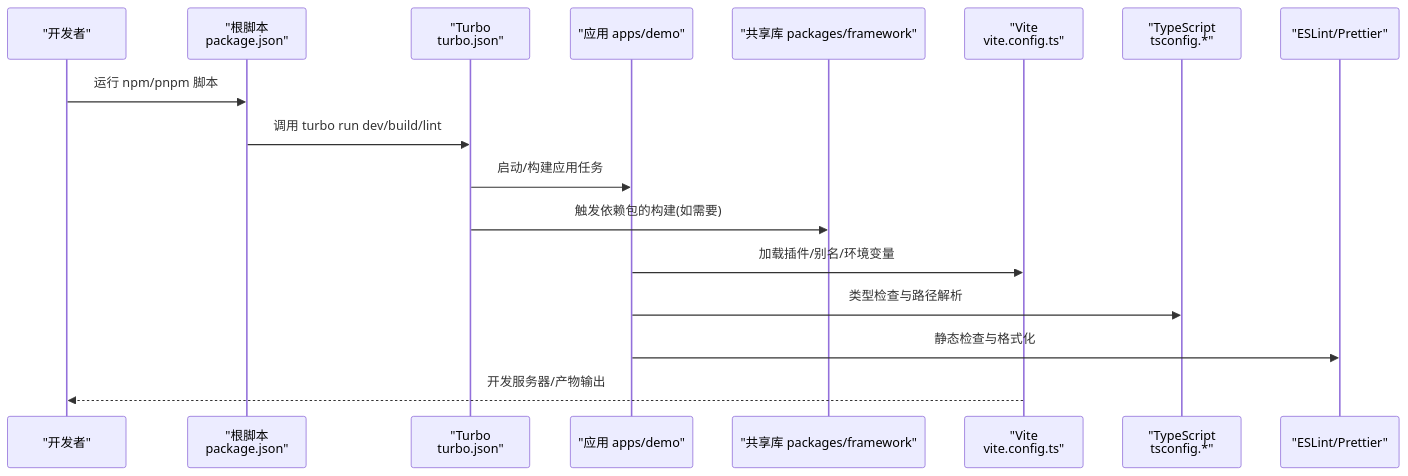
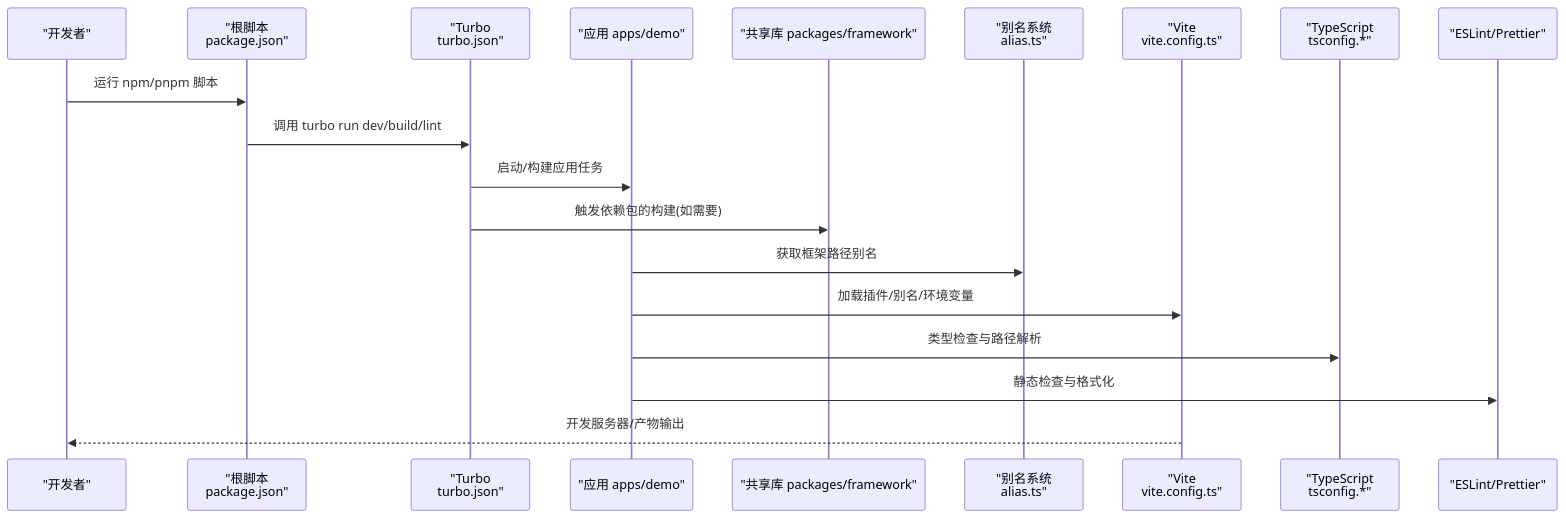
The second of 8 diagrams in .qoder/repowiki/zh/content/开发工具.md (liqiongke/FrontArk), drawn with Mermaid before and after one commit. The commit also changed other lines of this file and 17 other files, not shown here.

````diff
--- a/.qoder/repowiki/zh/content/开发工具.md
+++ b/.qoder/repowiki/zh/content/开发工具.md
@@ -85,19 +99,21 @@
 ```mermaid
 sequenceDiagram
 participant Dev as "开发者"
 participant Root as "根脚本<br/>package.json"
 participant Turbo as "Turbo<br/>turbo.json"
 participant App as "应用 apps/demo"
 participant Lib as "共享库 packages/framework"
+participant Alias as "别名系统<br/>alias.ts"
 participant Vite as "Vite<br/>vite.config.ts"
 participant TSC as "TypeScript<br/>tsconfig.*"
 participant Lint as "ESLint/Prettier"
 Dev->>Root : 运行 npm/pnpm 脚本
 Root->>Turbo : 调用 turbo run dev/build/lint
 Turbo->>App : 启动/构建应用任务
 Turbo->>Lib : 触发依赖包的构建(如需要)
+App->>Alias : 获取框架路径别名
 App->>Vite : 加载插件/别名/环境变量
 App->>TSC : 类型检查与路径解析
 App->>Lint : 静态检查与格式化
 Vite-->>Dev : 开发服务器/产物输出
 ```
````
